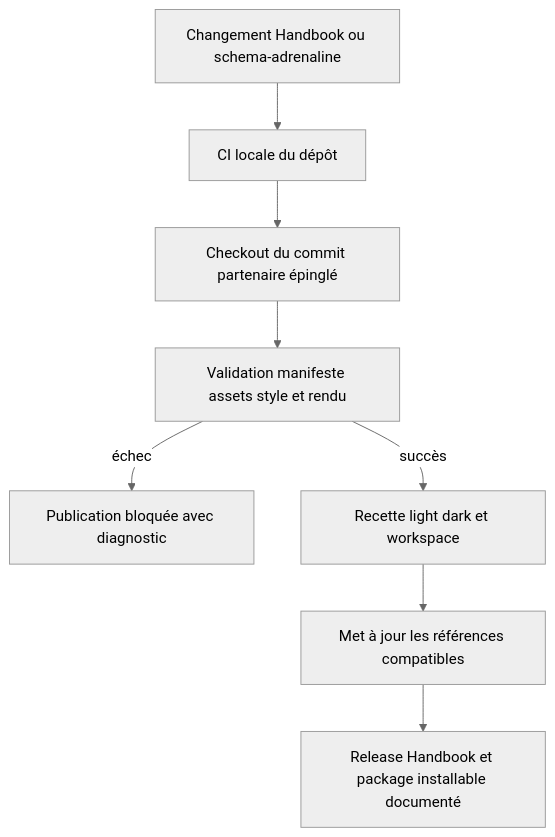
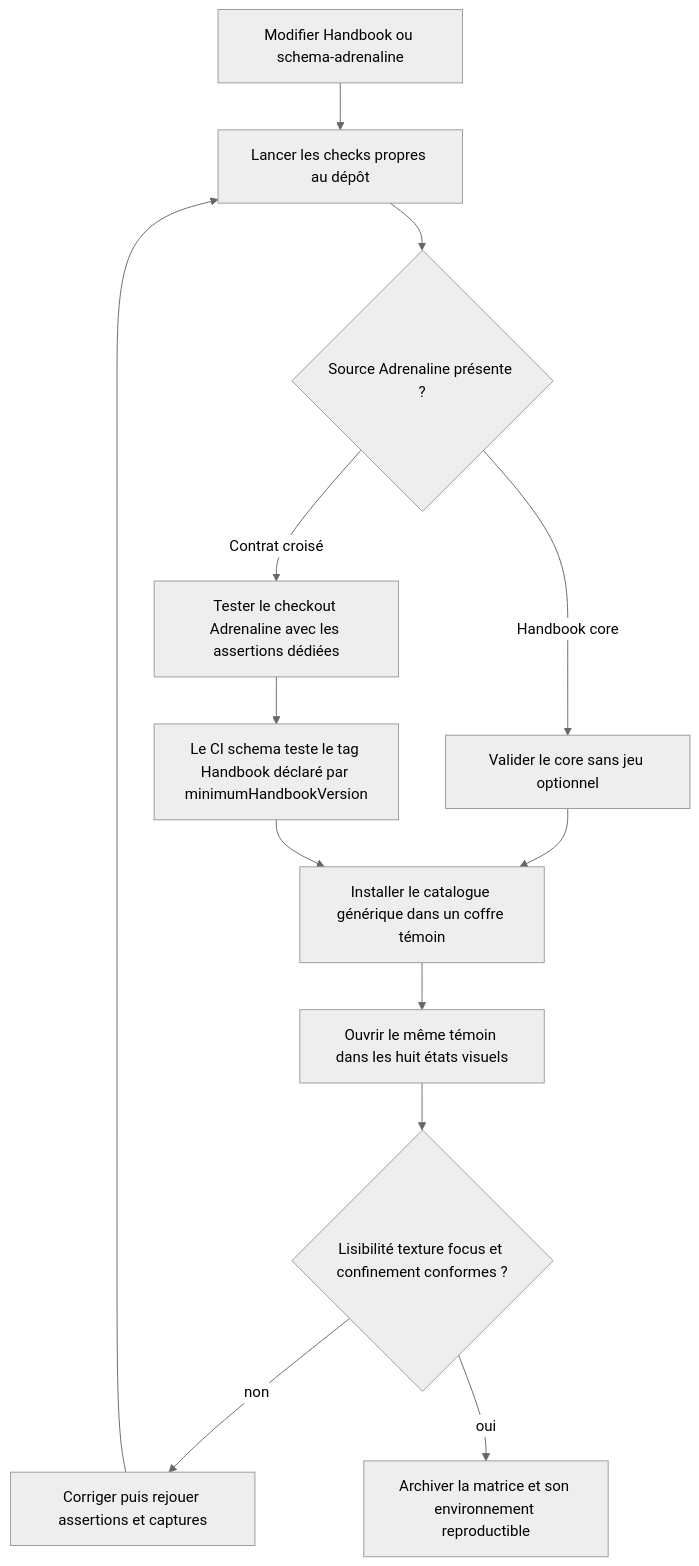
The first of 2 diagrams in aidd_docs/tasks/2026_09/2026_09_10_adrenaline-separation-hardening/phase-5.md (RebelliousSmile/obsidian-handbook), drawn with Mermaid (neutral theme) before and after one commit. The commit also changed other lines of this file and 15 other files, not shown here.

````diff
--- a/aidd_docs/tasks/2026_09/2026_09_10_adrenaline-separation-hardening/phase-5.md
+++ b/aidd_docs/tasks/2026_09/2026_09_10_adrenaline-separation-hardening/phase-5.md
@@ -33,10 +35,15 @@
 ```mermaid
 flowchart TD
-  A[Changement Handbook ou schema-adrenaline] --> B[CI locale du dépôt]
-  B --> C[Checkout du commit partenaire épinglé]
-  C --> D[Validation manifeste assets style et rendu]
-  D -->|échec| E[Publication bloquée avec diagnostic]
-  D -->|succès| F[Recette light dark et workspace]
-  F --> G[Met à jour les références compatibles]
-  G --> H[Release Handbook et package installable documenté]
+  A[Modifier Handbook ou schema-adrenaline] --> B[Lancer les checks propres au dépôt]
+  B --> C{Source Adrenaline présente ?}
+  C -->|Handbook core| D[Valider le core sans jeu optionnel]
+  C -->|Contrat croisé| E[Tester le checkout Adrenaline avec les assertions dédiées]
+  E --> F[Le CI schema teste le tag Handbook déclaré par minimumHandbookVersion]
+  D --> G[Installer le catalogue générique dans un coffre témoin]
+  F --> G
+  G --> H[Ouvrir le même témoin dans les huit états visuels]
+  H --> I{Lisibilité texture focus et confinement conformes ?}
+  I -->|non| J[Corriger puis rejouer assertions et captures]
+  J --> B
+  I -->|oui| K[Archiver la matrice et son environnement reproductible]
 ```
````
